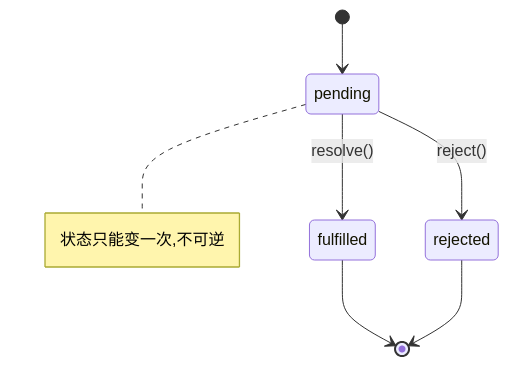
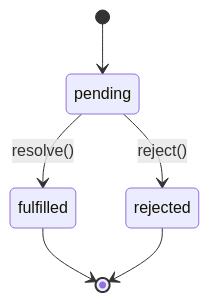
One commit to inspire-man/frontend-knowledge-base changed the diagram in frontend-knowledge-base/卷一-JavaScript语言内核/1.5-异步编程的前世今生.md. Above: the diagram before and after it, drawn with Mermaid. The commit also changed other lines of this file and 3 other files, not shown here.

````diff
--- a/frontend-knowledge-base/卷一-JavaScript语言内核/1.5-异步编程的前世今生.md
+++ b/frontend-knowledge-base/卷一-JavaScript语言内核/1.5-异步编程的前世今生.md
@@ -32,9 +32,8 @@
 ```mermaid
 stateDiagram-v2
     [*] --> pending
     pending --> fulfilled: resolve()
     pending --> rejected: reject()
     fulfilled --> [*]
     rejected --> [*]
-    note right of pending: 状态只能变一次,不可逆
 ```
````
